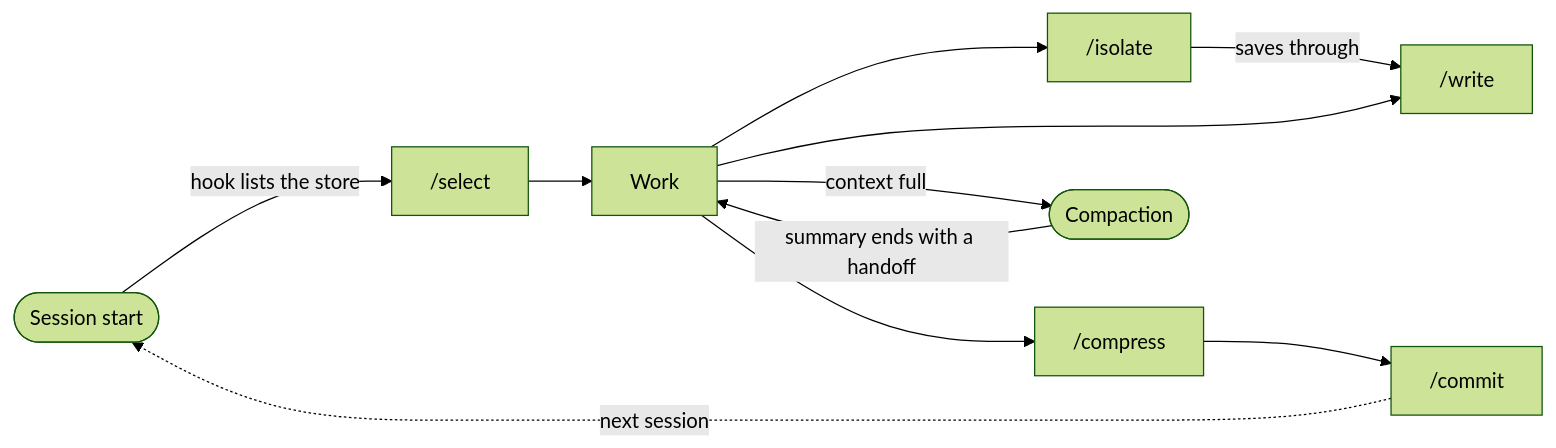
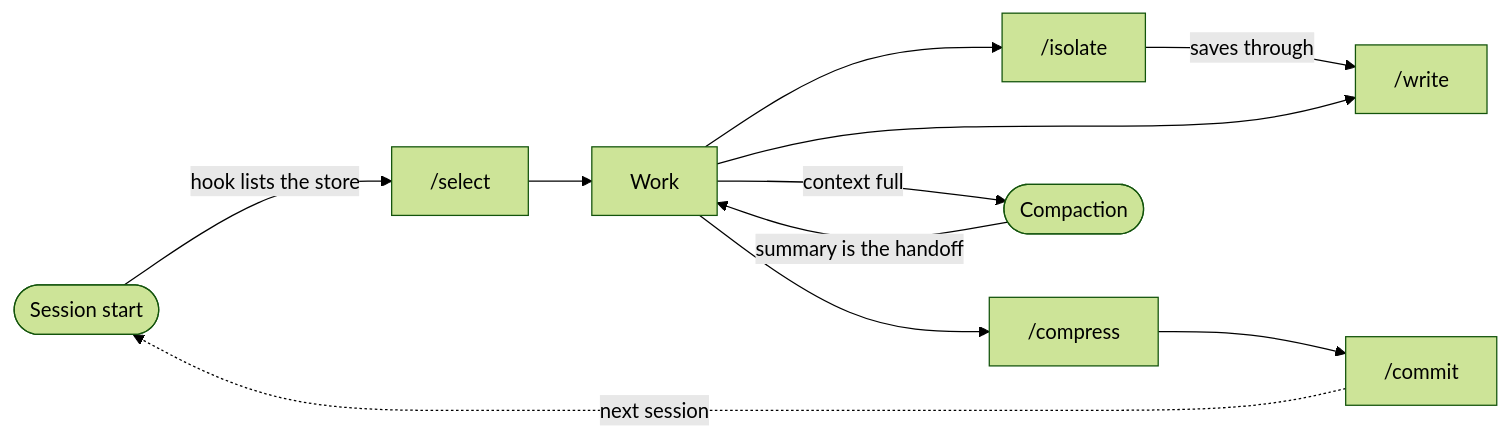
One commit to ph3on1x/agent-plugins-skills changed the diagram in plugins/wisci/README.md. Above: the diagram before and after it, drawn with Mermaid (forest theme). The commit also changed other lines of this file and 7 other files, not shown here.

````diff
--- a/plugins/wisci/README.md
+++ b/plugins/wisci/README.md
@@ -94,13 +94,13 @@
 ```mermaid
 flowchart LR
     start([Session start]) -->|hook lists the store| select["/select"]
     select --> work[Work]
     work --> isolate["/isolate"]
     isolate -->|saves through| write["/write"]
     work --> write
     work --> compress["/compress"]
     work -->|context full| compact(["Compaction"])
-    compact -->|summary ends with a handoff| work
+    compact -->|summary is the handoff| work
     compress --> commit["/commit"]
     commit -.->|next session| start
 ```
````
